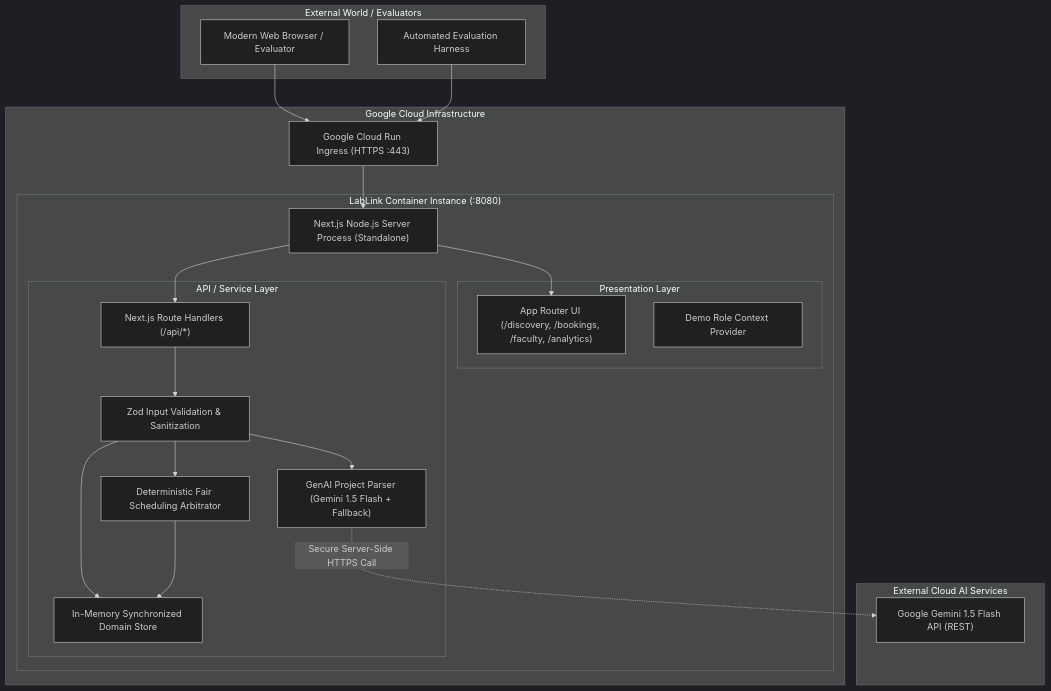
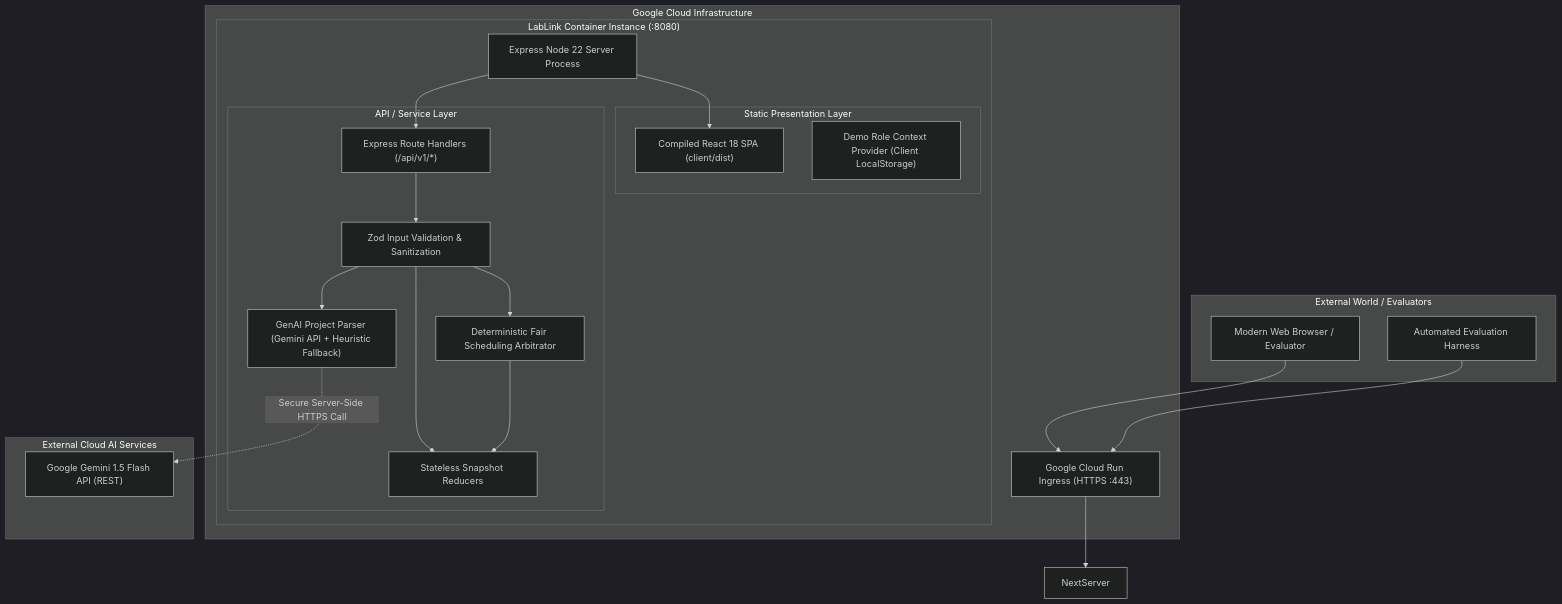
The diagram in docs/ARCHITECTURE.md (sharancode3/PROMPTWARS), drawn with Mermaid (dark theme) before and after one commit. The commit also changed other lines of this file and 16 other files, not shown here.

````diff
--- a/docs/ARCHITECTURE.md
+++ b/docs/ARCHITECTURE.md
@@ -10,45 +10,45 @@
 ```mermaid
 flowchart TB
     subgraph "External World / Evaluators"
         Browser[Modern Web Browser / Evaluator]
         JudgeCLI[Automated Evaluation Harness]
     end
 
     subgraph "Google Cloud Infrastructure"
         CloudRunIngress["Google Cloud Run Ingress (HTTPS :443)"]
         
         subgraph "LabLink Container Instance (:8080)"
-            NextServer["Next.js Node.js Server Process (Standalone)"]
+            ExpressServer["Express Node 22 Server Process"]
             
-            subgraph "Presentation Layer"
-                ReactPages["App Router UI (/discovery, /bookings, /faculty, /analytics)"]
-                RoleSwitcher["Demo Role Context Provider"]
+            subgraph "Static Presentation Layer"
+                ViteStatic["Compiled React 18 SPA (client/dist)"]
+                RoleSwitcher["Demo Role Context Provider (Client LocalStorage)"]
             end
             
             subgraph "API / Service Layer"
-                APIRoutes["Next.js Route Handlers (/api/*)"]
+                APIRoutes["Express Route Handlers (/api/v1/*)"]
                 ZodValidator["Zod Input Validation & Sanitization"]
-                AIService["GenAI Project Parser (Gemini 1.5 Flash + Fallback)"]
+                AIService["GenAI Project Parser (Gemini API + Heuristic Fallback)"]
                 FairnessEngine["Deterministic Fair Scheduling Arbitrator"]
-                StateRepository["In-Memory Synchronized Domain Store"]
+                StatelessReducer["Stateless Snapshot Reducers"]
             end
             
-            NextServer --> ReactPages
-            NextServer --> APIRoutes
+            ExpressServer --> ViteStatic
+            ExpressServer --> APIRoutes
             APIRoutes --> ZodValidator
             ZodValidator --> AIService
             ZodValidator --> FairnessEngine
-            ZodValidator --> StateRepository
-            FairnessEngine --> StateRepository
+            ZodValidator --> StatelessReducer
+            FairnessEngine --> StatelessReducer
         end
     end
 
     subgraph "External Cloud AI Services"
         GeminiAPI["Google Gemini 1.5 Flash API (REST)"]
     end
 
     Browser --> CloudRunIngress
     JudgeCLI --> CloudRunIngress
     CloudRunIngress --> NextServer
     AIService -.->|Secure Server-Side HTTPS Call| GeminiAPI
 ```
````
